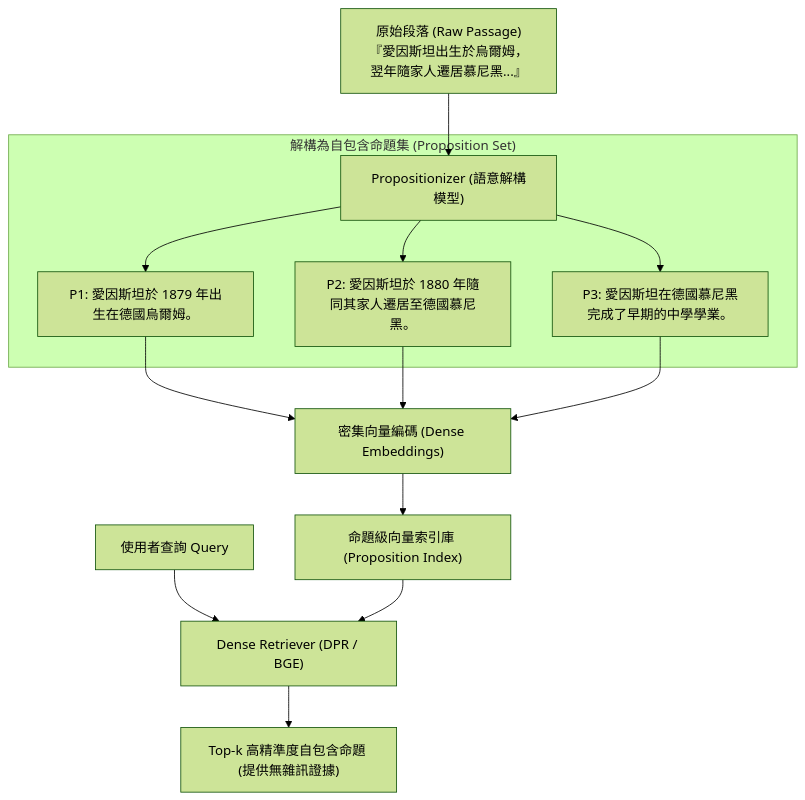
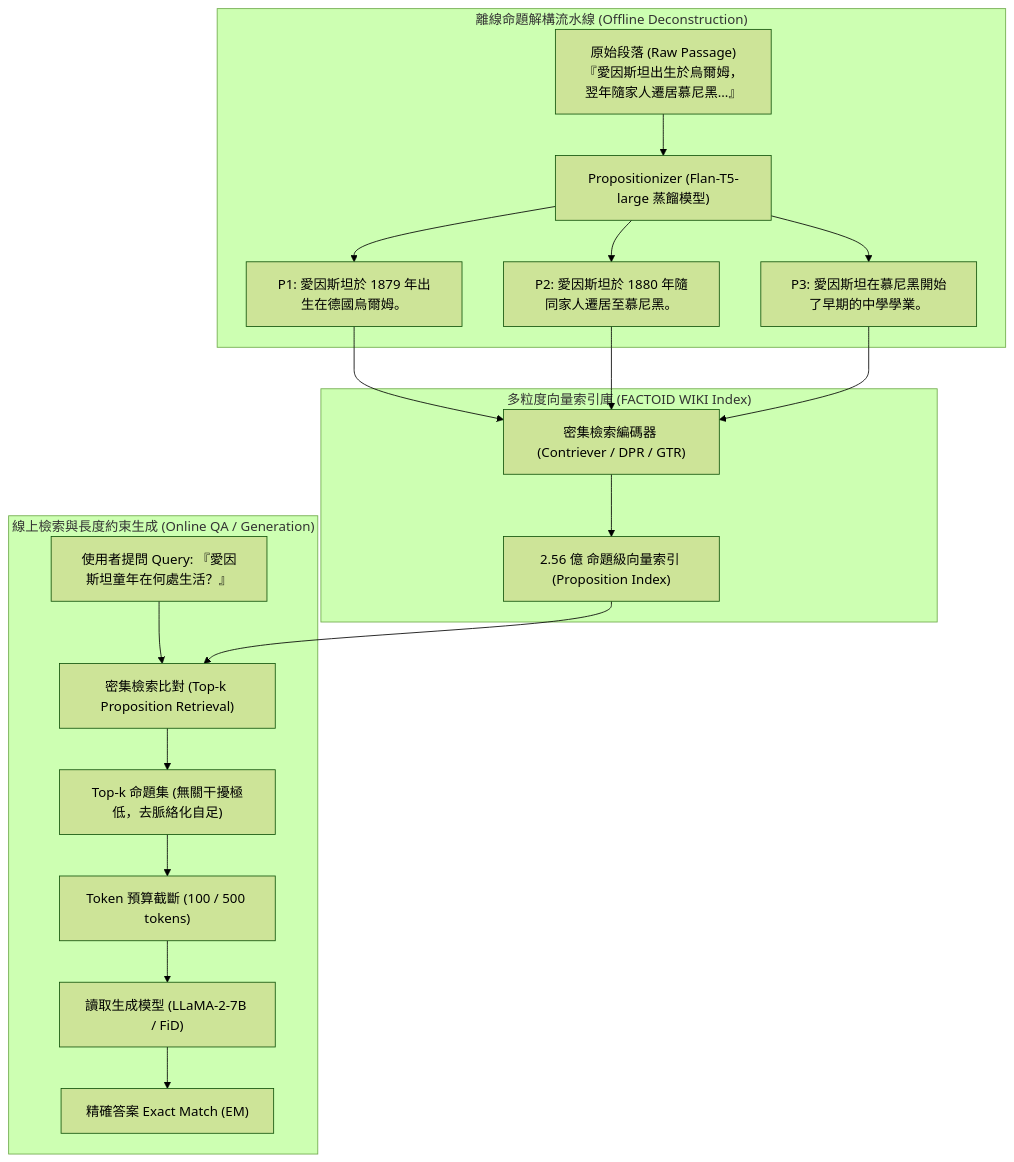
The diagram in 03 - 論文庫 (Literature Notes)/04 - Knowledge & Graph RAG/(EMNLP 2024-11) Dense X - Exploring the Limit of Proposition Retrieval for Open-Domain QA.md (Cycl0n3-ga/RAG-survey), drawn with Mermaid (forest theme) before and after one commit. The commit also changed other lines of this file and 8 other files, not shown here.

````diff
--- a/03 - 論文庫 (Literature Notes)/04 - Knowledge & Graph RAG/(EMNLP 2024-11) Dense X - Exploring the Limit of Proposition Retrieval for Open-Domain QA.md
+++ b/03 - 論文庫 (Literature Notes)/04 - Knowledge & Graph RAG/(EMNLP 2024-11) Dense X - Exploring the Limit of Proposition Retrieval for Open-Domain QA.md
@@ -70,19 +100,28 @@
 ```mermaid
 flowchart TD
-    RAW["原始段落 (Raw Passage)<br/>『愛因斯坦出生於烏爾姆，翌年隨家人遷居慕尼黑...』"] --> PROP_LLM["Propositionizer (語意解構模型)"]
-    
-    subgraph prop_decomp["解構為自包含命題集 (Proposition Set)"]
-        PROP_LLM --> P1["P1: 愛因斯坦於 1879 年出生在德國烏爾姆。"]
-        PROP_LLM --> P2["P2: 愛因斯坦於 1880 年隨同其家人遷居至德國慕尼黑。"]
-        PROP_LLM --> P3["P3: 愛因斯坦在德國慕尼黑完成了早期的中學學業。"]
+    subgraph offline_decomp["離線命題解構流水線 (Offline Deconstruction)"]
+        RAW["原始段落 (Raw Passage)<br/>『愛因斯坦出生於烏爾姆，翌年隨家人遷居慕尼黑...』"]
+        PROP["Propositionizer (Flan-T5-large 蒸餾模型)"]
+        RAW --> PROP
+        PROP --> P1["P1: 愛因斯坦於 1879 年出生在德國烏爾姆。"]
+        PROP --> P2["P2: 愛因斯坦於 1880 年隨同家人遷居至慕尼黑。"]
+        PROP --> P3["P3: 愛因斯坦在慕尼黑開始了早期的中學學業。"]
     end
 
-    P1 --> EMB["密集向量編碼 (Dense Embeddings)"]
-    P2 --> EMB
-    P3 --> EMB
-    EMB --> IDX["命題級向量索引庫 (Proposition Index)"]
-    
-    Q["使用者查詢 Query"] --> RET["Dense Retriever (DPR / BGE)"]
-    IDX --> RET
-    RET --> OUT["Top-k 高精準度自包含命題 (提供無雜訊證據)"]
+    subgraph indexing_stage["多粒度向量索引庫 (FACTOID WIKI Index)"]
+        P1 --> DENSE_ENC["密集檢索編碼器 (Contriever / DPR / GTR)"]
+        P2 --> DENSE_ENC
+        P3 --> DENSE_ENC
+        DENSE_ENC --> P_IDX["2.56 億 命題級向量索引 (Proposition Index)"]
+    end
+
+    subgraph online_retrieval["線上檢索與長度約束生成 (Online QA / Generation)"]
+        QUERY["使用者提問 Query: 『愛因斯坦童年在何處生活？』"]
+        QUERY --> RET["密集檢索比對 (Top-k Proposition Retrieval)"]
+        P_IDX --> RET
+        RET --> TOPP["Top-k 命題集 (無關干擾極低，去脈絡化自足)"]
+        TOPP --> BUD["Token 預算截斷 (100 / 500 tokens)"]
+        BUD --> LLM["讀取生成模型 (LLaMA-2-7B / FiD)"]
+        LLM --> ANS["精確答案 Exact Match (EM)"]
+    end
 ```
````
